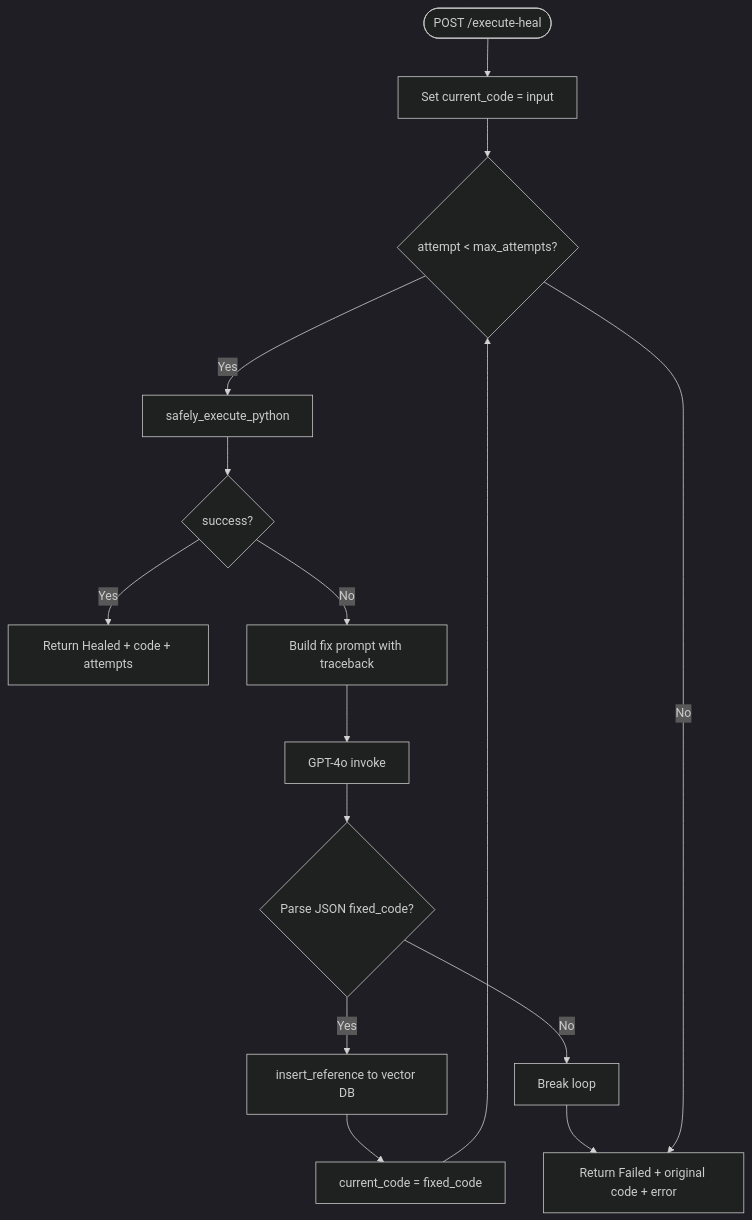
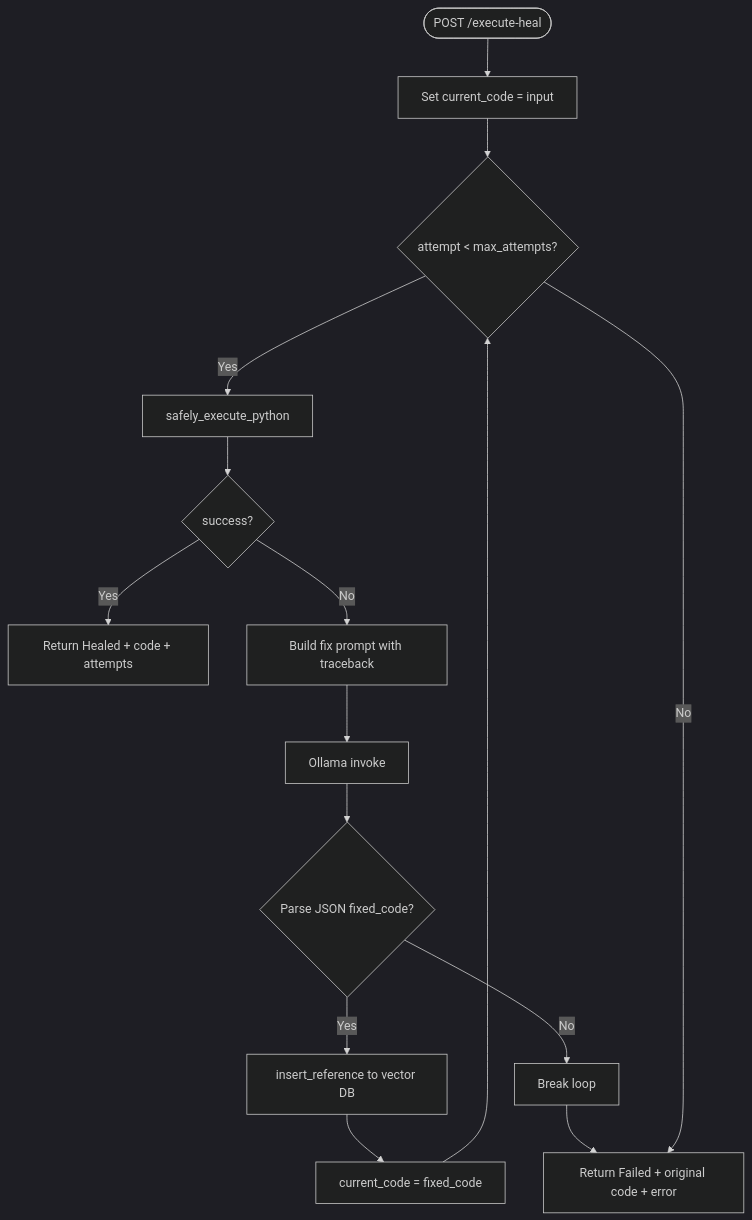
The diagram in references/self-healing-flow.md (MrWizard94-Compile/Smart-Library), drawn with Mermaid (dark theme) before and after one commit. The commit also changed other lines of this file and 15 other files, not shown here.

````diff
--- a/references/self-healing-flow.md
+++ b/references/self-healing-flow.md
@@ -17,17 +17,17 @@
 ```mermaid
 flowchart TD
     START([POST /execute-heal]) --> INIT[Set current_code = input]
     INIT --> LOOP{attempt < max_attempts?}
     LOOP -->|Yes| EXEC[safely_execute_python]
     EXEC --> CHECK{success?}
     CHECK -->|Yes| SUCCESS[Return Healed + code + attempts]
     CHECK -->|No| PROMPT[Build fix prompt with traceback]
-    PROMPT --> LLM[GPT-4o invoke]
+    PROMPT --> LLM[Ollama invoke]
     LLM --> PARSE{Parse JSON fixed_code?}
     PARSE -->|Yes| STORE[insert_reference to vector DB]
     STORE --> UPDATE[current_code = fixed_code]
     UPDATE --> LOOP
     PARSE -->|No| BREAK[Break loop]
     BREAK --> FAIL[Return Failed + original code + error]
     LOOP -->|No| FAIL
 ```
````
